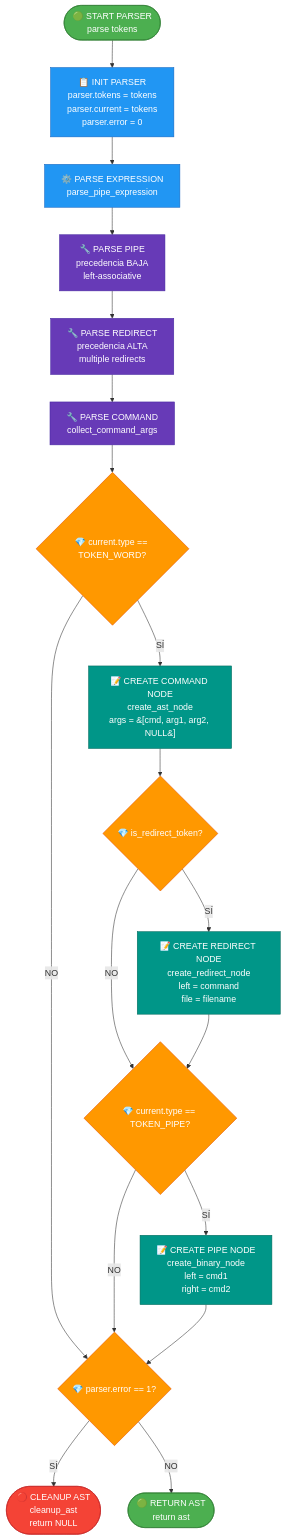
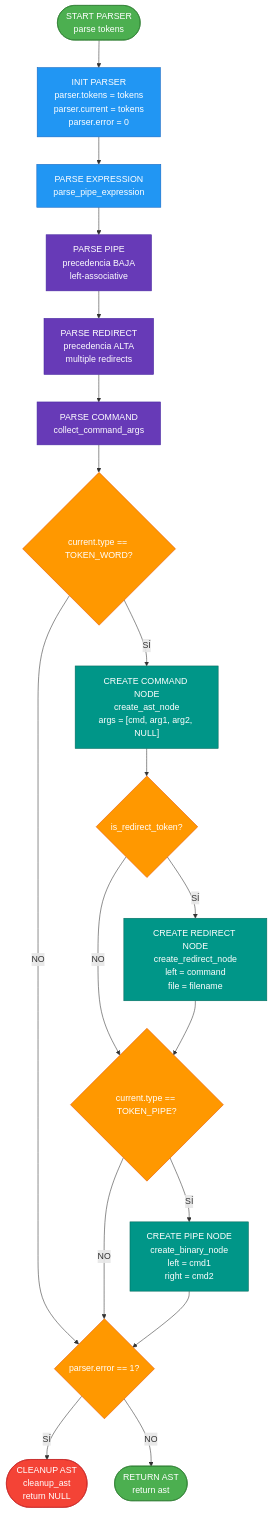
Before and after one commit to x65juan56x/minishell: the third of 4 diagrams in docs/FLOWCHARTS.md, drawn with Mermaid. The commit also changed other lines of this file, not shown here.

````diff
--- a/docs/FLOWCHARTS.md
+++ b/docs/FLOWCHARTS.md
@@ -151,67 +151,67 @@
 ```mermaid
 flowchart TD
-    PAR_START([🟢 START PARSER<br/>parse tokens])
-    PAR_INIT[📋 INIT PARSER<br/>parser.tokens = tokens<br/>parser.current = tokens<br/>parser.error = 0]
+    PAR_START([START PARSER<br/>parse tokens])
+    PAR_INIT[INIT PARSER<br/>parser.tokens = tokens<br/>parser.current = tokens<br/>parser.error = 0]
     
-    PARSE_EXPR[⚙️ PARSE EXPRESSION<br/>parse_pipe_expression]
+    PARSE_EXPR[PARSE EXPRESSION<br/>parse_pipe_expression]
     
     %% Pipe Expression
-    PIPE_EXPR[🔧 PARSE PIPE<br/>precedencia BAJA<br/>left-associative]
-    REDIR_EXPR[🔧 PARSE REDIRECT<br/>precedencia ALTA<br/>multiple redirects]
-    CMD_EXPR[🔧 PARSE COMMAND<br/>collect_command_args]
+    PIPE_EXPR[PARSE PIPE<br/>precedencia BAJA<br/>left-associative]
+    REDIR_EXPR[PARSE REDIRECT<br/>precedencia ALTA<br/>multiple redirects]
+    CMD_EXPR[PARSE COMMAND<br/>collect_command_args]
     
-    PIPE_CHECK{💎 current.type == TOKEN_PIPE?}
-    REDIR_CHECK{💎 is_redirect_token?}
-    CMD_CHECK{💎 current.type == TOKEN_WORD?}
+    PIPE_CHECK{current.type == TOKEN_PIPE?}
+    REDIR_CHECK{is_redirect_token?}
+    CMD_CHECK{current.type == TOKEN_WORD?}
     
-    CREATE_PIPE[📝 CREATE PIPE NODE<br/>create_binary_node<br/>left = cmd1<br/>right = cmd2]
-    CREATE_REDIR[📝 CREATE REDIRECT NODE<br/>create_redirect_node<br/>left = command<br/>file = filename]
-    CREATE_CMD[📝 CREATE COMMAND NODE<br/>create_ast_node<br/>args = &#91;cmd, arg1, arg2, NULL&#93;]
+    CREATE_PIPE[CREATE PIPE NODE<br/>create_binary_node<br/>left = cmd1<br/>right = cmd2]
+    CREATE_REDIR[CREATE REDIRECT NODE<br/>create_redirect_node<br/>left = command<br/>file = filename]
+    CREATE_CMD[CREATE COMMAND NODE<br/>create_ast_node<br/>args = #91;cmd, arg1, arg2, NULL#93;]
     
-    PAR_ERROR{💎 parser.error == 1?}
-    PAR_CLEANUP([🔴 CLEANUP AST<br/>cleanup_ast<br/>return NULL])
-    PAR_SUCCESS([🟢 RETURN AST<br/>return ast])
+    PAR_ERROR{parser.error == 1?}
+    PAR_CLEANUP([CLEANUP AST<br/>cleanup_ast<br/>return NULL])
+    PAR_SUCCESS([RETURN AST<br/>return ast])
     
     %% Flujo principal
     PAR_START --> PAR_INIT
     PAR_INIT --> PARSE_EXPR
     PARSE_EXPR --> PIPE_EXPR
     
     %% Parsing jerárquico
     PIPE_EXPR --> REDIR_EXPR
     REDIR_EXPR --> CMD_EXPR
     
     %% Decisiones de parsing
     CMD_EXPR --> CMD_CHECK
     CMD_CHECK -->|SÍ| CREATE_CMD
     CMD_CHECK -->|NO| PAR_ERROR
     
     CREATE_CMD --> REDIR_CHECK
     REDIR_CHECK -->|SÍ| CREATE_REDIR
     REDIR_CHECK -->|NO| PIPE_CHECK
     
     CREATE_REDIR --> PIPE_CHECK
     PIPE_CHECK -->|SÍ| CREATE_PIPE
     PIPE_CHECK -->|NO| PAR_ERROR
     
     CREATE_PIPE --> PAR_ERROR
     
     %% Resultado final
     PAR_ERROR -->|SÍ| PAR_CLEANUP
     PAR_ERROR -->|NO| PAR_SUCCESS
     
     %% Estilos
     classDef startEnd fill:#4CAF50,stroke:#2E7D32,color:#fff
     classDef process fill:#2196F3,stroke:#1565C0,color:#fff
     classDef decision fill:#FF9800,stroke:#E65100,color:#fff
     classDef error fill:#F44336,stroke:#C62828,color:#fff
     classDef subprocess fill:#673AB7,stroke:#4527A0,color:#fff
     classDef creation fill:#009688,stroke:#00695C,color:#fff
     
     class PAR_START,PAR_SUCCESS startEnd
     class PAR_INIT,PARSE_EXPR process
     class PIPE_CHECK,REDIR_CHECK,CMD_CHECK,PAR_ERROR decision
     class PAR_CLEANUP error
     class PIPE_EXPR,REDIR_EXPR,CMD_EXPR subprocess
     class CREATE_PIPE,CREATE_REDIR,CREATE_CMD creation
 ```
````
